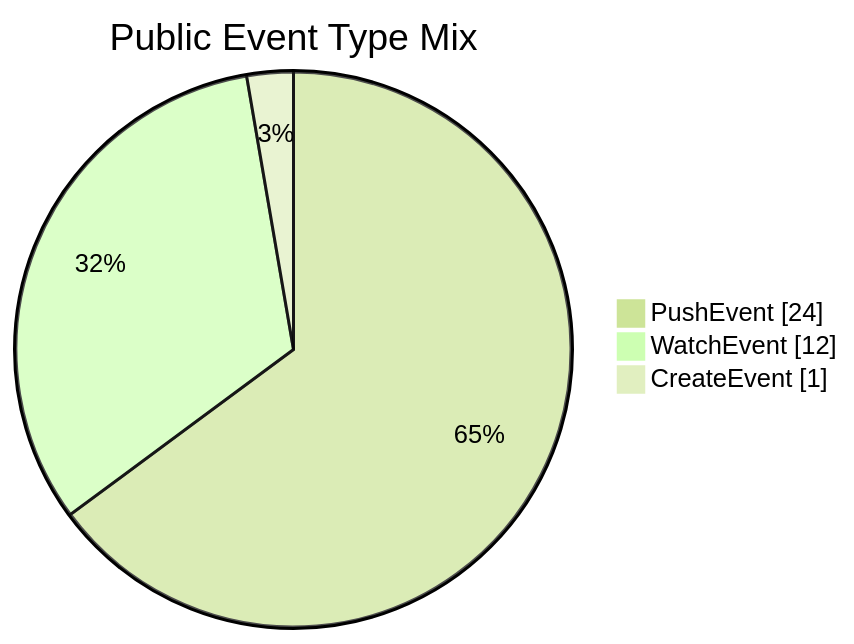
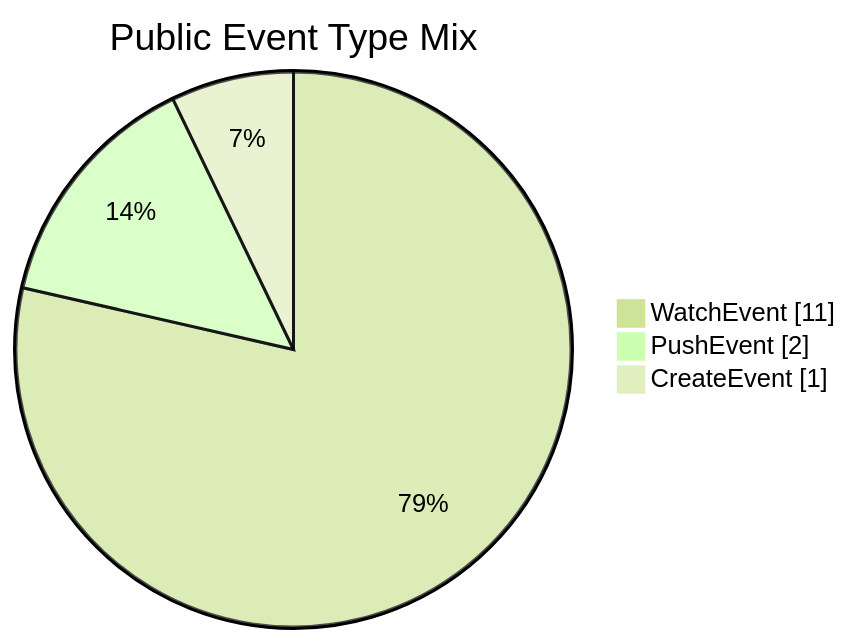
Before and after one commit to manhquydev/manhquydev: the second of 2 diagrams in README.md, drawn with Mermaid (forest theme). The commit also changed other lines of this file and 4 other files, not shown here.

````diff
--- a/README.md
+++ b/README.md
@@ -137,7 +137,7 @@
 ```mermaid
 pie showData
   title Public Event Type Mix
-  "PushEvent" : 24
-  "WatchEvent" : 12
+  "WatchEvent" : 11
+  "PushEvent" : 2
   "CreateEvent" : 1
 ```
````
